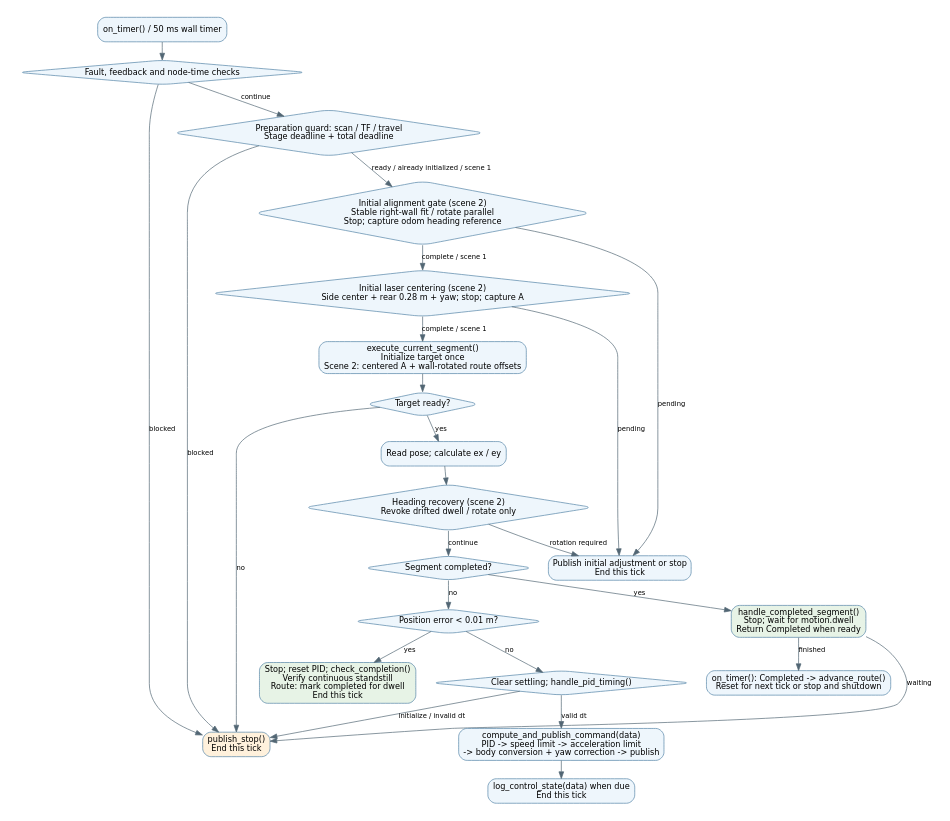
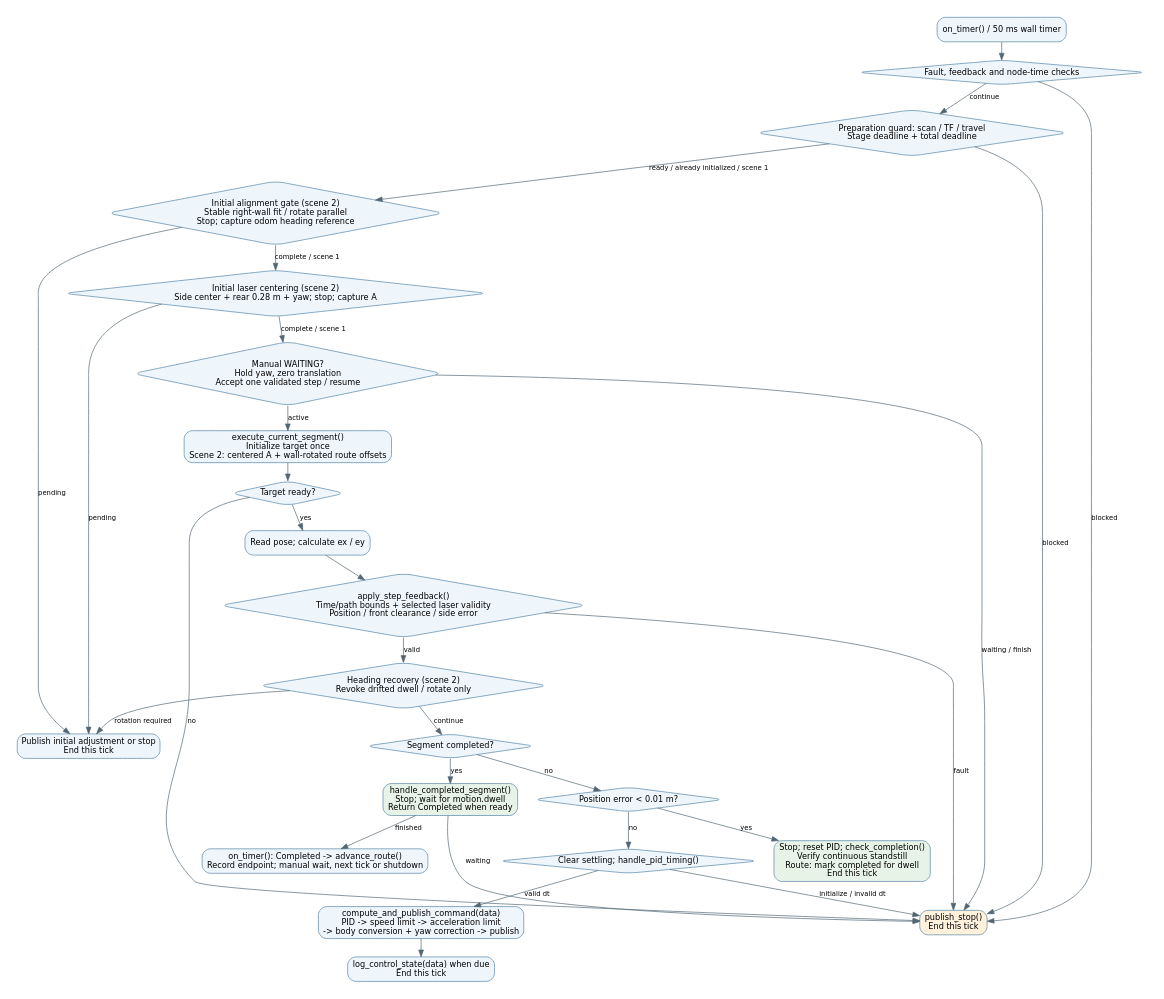
Before and after one commit to Cooper-Yu/distance_controller: the diagram in docs/diagrams/control_flow.dot, drawn with Graphviz. The commit also changed 23 other files, not shown here.

Commit message:
Add bounded manual planar steps and per-segment feedback policies

```diff
--- a/docs/diagrams/control_flow.dot
+++ b/docs/diagrams/control_flow.dot
@@ -1,48 +1,55 @@
 digraph control {
   graph [rankdir=TB, bgcolor="white", pad="0.25", nodesep="0.3", ranksep="0.35"];
   node [shape=box, style="rounded,filled", fillcolor="#eef6fc", color="#5182a5", fontname="DejaVu Sans", fontsize=12];
   edge [color="#526674", fontname="DejaVu Sans", fontsize=10];
   start [label="on_timer() / 50 ms wall timer"];
   guard [label="Fault, feedback and node-time checks",shape=diamond];
   stop [label="publish_stop()\nEnd this tick",fillcolor="#fff1dc"];
   align [label="Initial alignment gate (scene 2)\nStable right-wall fit / rotate parallel\nStop; capture odom heading reference",shape=diamond];
   recover [label="Heading recovery (scene 2)\nRevoke drifted dwell / rotate only",shape=diamond];
   rotate [label="Publish initial adjustment or stop\nEnd this tick"];
   target [label="execute_current_segment()\nInitialize target once\nScene 2: centered A + wall-rotated route offsets"];
   valid [label="Target ready?",shape=diamond];
   errors [label="Read pose; calculate ex / ey"];
   done [label="Segment completed?",shape=diamond];
   dwell [label="handle_completed_segment()\nStop; wait for motion.dwell\nReturn Completed when ready",fillcolor="#e7f3e6"];
   near [label="Position error < 0.01 m?",shape=diamond];
   settle [label="Stop; reset PID; check_completion()\nVerify continuous standstill\nRoute: mark completed for dwell\nEnd this tick",fillcolor="#e7f3e6"];
   timing [label="Clear settling; handle_pid_timing()",shape=diamond];
   compute [label="compute_and_publish_command(data)\nPID -> speed limit -> acceleration limit\n-> body conversion + yaw correction -> publish"];
   log [label="log_control_state(data) when due\nEnd this tick"];
   start -> guard;
   guard -> stop [label="blocked"];
   scan [label="Preparation guard: scan / TF / travel\nStage deadline + total deadline",shape=diamond];
   center [label="Initial laser centering (scene 2)\nSide center + rear 0.28 m + yaw; stop; capture A",shape=diamond];
   guard -> scan [label="continue"];
   scan -> stop [label="blocked"];
   scan -> align [label="ready / already initialized / scene 1"];
   align -> rotate [label="pending"];
   align -> center [label="complete / scene 1"];
   center -> rotate [label="pending"];
-  center -> target [label="complete / scene 1"];
+  idle [label="Manual WAITING?\nHold yaw, zero translation\nAccept one validated step / resume",shape=diamond];
+  feedback [label="apply_step_feedback()\nTime/path bounds + selected laser validity\nPosition / front clearance / side error",shape=diamond];
+  center -> idle [label="complete / scene 1"];
+  idle -> stop [label="waiting / finish"];
+  idle -> target [label="active"];
+
   target -> valid;
   valid -> stop [label="no"];
   valid -> errors [label="yes"];
-  errors -> recover;
+  errors -> feedback;
+  feedback -> stop [label="fault"];
+  feedback -> recover [label="valid"];
   recover -> rotate [label="rotation required"];
   recover -> done [label="continue"];
   done -> dwell [label="yes"];
-  advance [label="on_timer(): Completed -> advance_route()\nReset for next tick or stop and shutdown"];
+  advance [label="on_timer(): Completed -> advance_route()\nRecord endpoint; manual wait, next tick or shutdown"];
   dwell -> advance [label="finished"];
   dwell -> stop [label="waiting"];
   done -> near [label="no"];
   near -> settle [label="yes"];
   near -> timing [label="no"];
   timing -> stop [label="initialize / invalid dt"];
   timing -> compute [label="valid dt"];
   compute -> log;
 }
```
